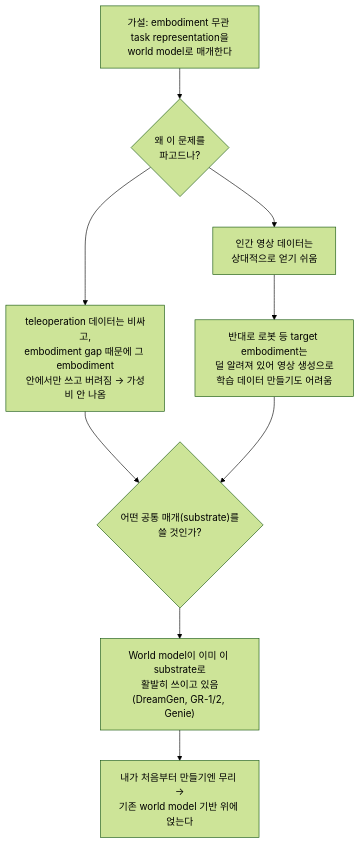
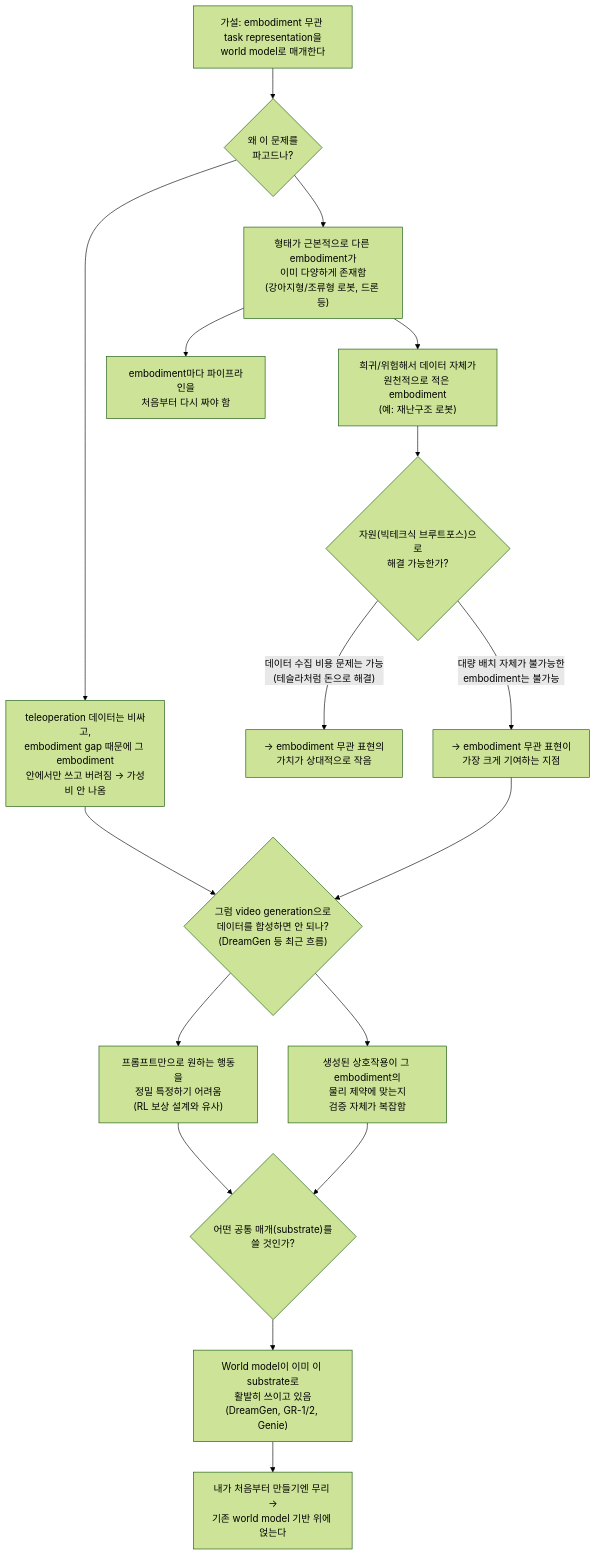
Before and after one commit to Akileox/taskcraft: the diagram in docs/position_paper.md, drawn with Mermaid (forest theme). The commit also changed other lines of this file, not shown here.

First line of the commit message:
position paper: strengthen embodiment-agnostic motivation, fix weak claim

````diff
--- a/docs/position_paper.md
+++ b/docs/position_paper.md
@@ -230,11 +304,19 @@
 ```mermaid
 graph TD
   A["가설: embodiment 무관 task representation을<br/>world model로 매개한다"] --> B{"왜 이 문제를<br/>파고드나?"}
   B --> C["teleoperation 데이터는 비싸고,<br/>embodiment gap 때문에 그 embodiment<br/>안에서만 쓰고 버려짐 → 가성비 안 나옴"]
-  B --> D["인간 영상 데이터는<br/>상대적으로 얻기 쉬움"]
-  D --> E["반대로 로봇 등 target embodiment는<br/>덜 알려져 있어 영상 생성으로<br/>학습 데이터 만들기도 어려움"]
-  C --> F{"어떤 공통 매개(substrate)를<br/>쓸 것인가?"}
-  E --> F
-  F --> G["World model이 이미 이 substrate로<br/>활발히 쓰이고 있음<br/>(DreamGen, GR-1/2, Genie)"]
-  G --> H["내가 처음부터 만들기엔 무리 →<br/>기존 world model 기반 위에 얹는다"]
+  B --> D["형태가 근본적으로 다른 embodiment가<br/>이미 다양하게 존재함<br/>(강아지형/조류형 로봇, 드론 등)"]
+  D --> D1["embodiment마다 파이프라인을<br/>처음부터 다시 짜야 함"]
+  D --> D2["희귀/위험해서 데이터 자체가<br/>원천적으로 적은 embodiment<br/>(예: 재난구조 로봇)"]
+  D2 --> D3{"자원(빅테크식 브루트포스)으로<br/>해결 가능한가?"}
+  D3 -->|"데이터 수집 비용 문제는 가능<br/>(테슬라처럼 돈으로 해결)"| D4["→ embodiment 무관 표현의<br/>가치가 상대적으로 작음"]
+  D3 -->|"대량 배치 자체가 불가능한<br/>embodiment는 불가능"| D5["→ embodiment 무관 표현이<br/>가장 크게 기여하는 지점"]
+  C --> F{"그럼 video generation으로<br/>데이터를 합성하면 안 되나?<br/>(DreamGen 등 최근 흐름)"}
+  D5 --> F
+  F --> F1["프롬프트만으로 원하는 행동을<br/>정밀 특정하기 어려움<br/>(RL 보상 설계와 유사)"]
+  F --> F2["생성된 상호작용이 그 embodiment의<br/>물리 제약에 맞는지<br/>검증 자체가 복잡함"]
+  F1 --> G{"어떤 공통 매개(substrate)를<br/>쓸 것인가?"}
+  F2 --> G
+  G --> H["World model이 이미 이 substrate로<br/>활발히 쓰이고 있음<br/>(DreamGen, GR-1/2, Genie)"]
+  H --> I["내가 처음부터 만들기엔 무리 →<br/>기존 world model 기반 위에 얹는다"]
 ```
````
